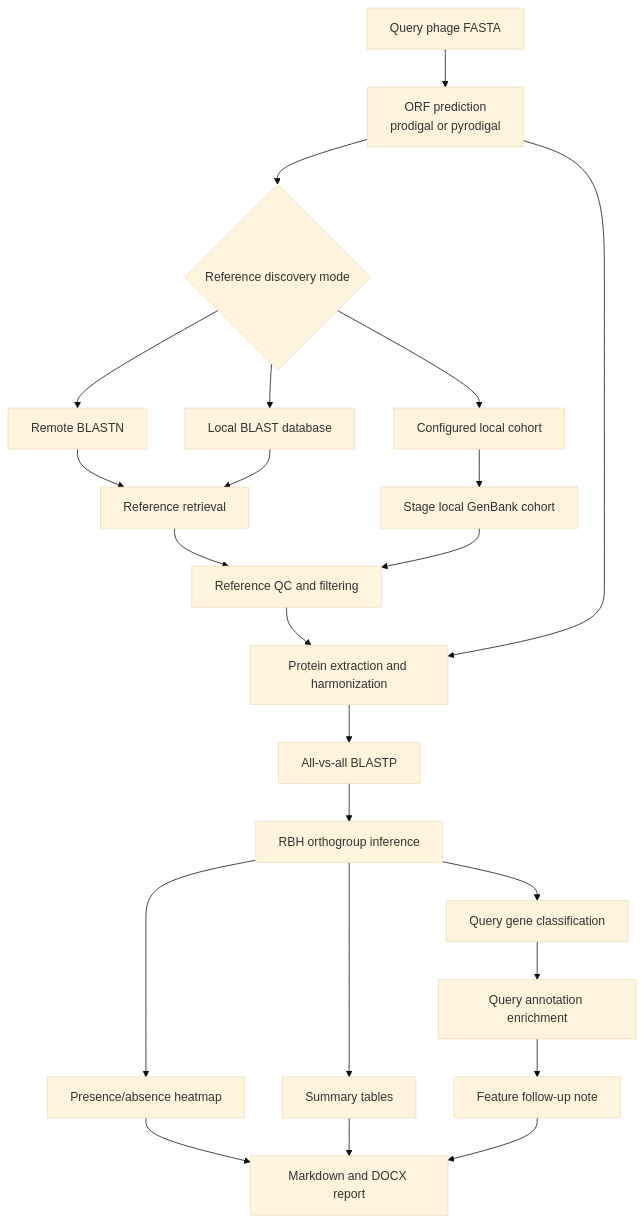
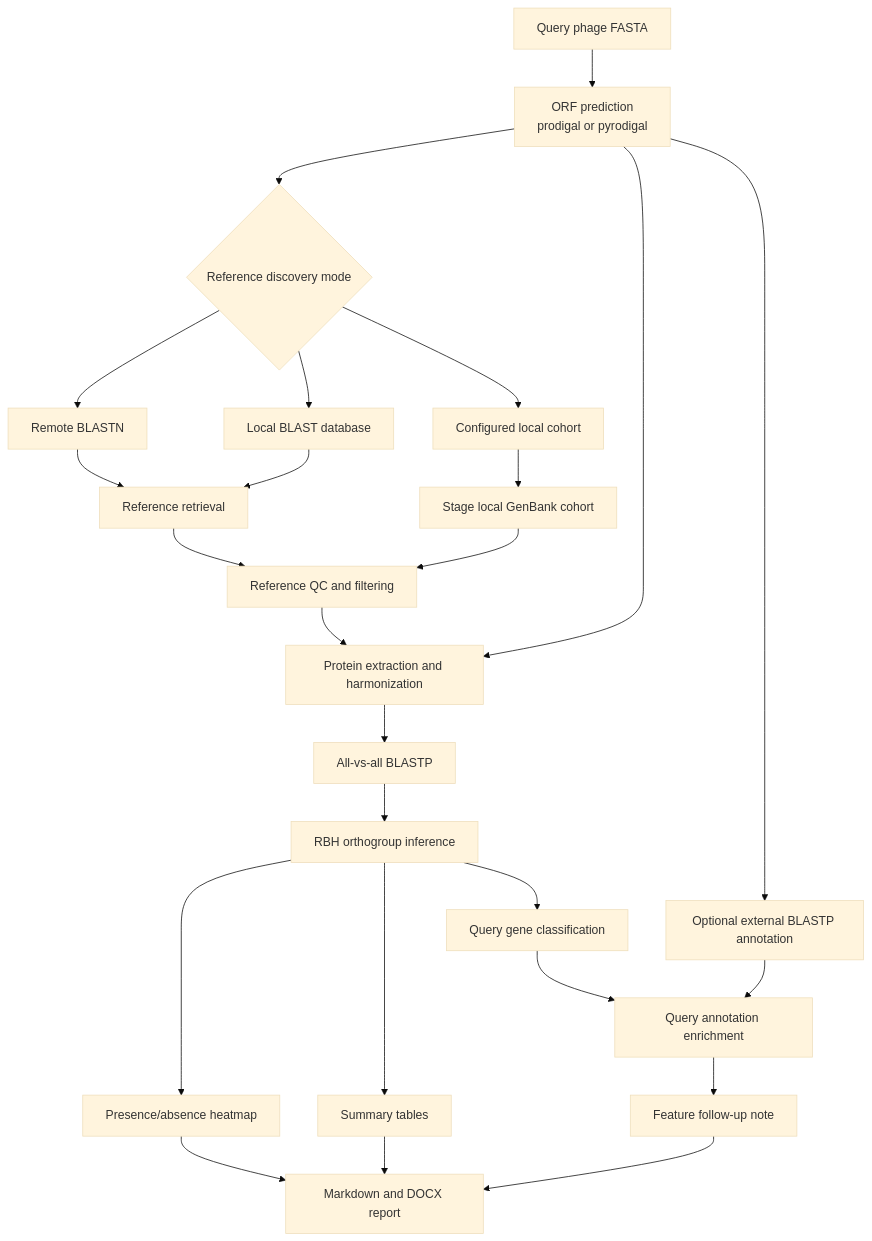
Before and after one commit to Tasnimul-Arabi-Anik/phage-pangenome-pipeline: the diagram in docs/workflow_overview.md, drawn with Mermaid (base theme). The commit also changed other lines of this file and 14 other files, not shown here.

Commit message:
Add optional external BLASTP annotation stage

````diff
--- a/docs/workflow_overview.md
+++ b/docs/workflow_overview.md
@@ -5,25 +5,27 @@
 ```mermaid
 flowchart TD
     A[Query phage FASTA] --> B[ORF prediction<br/>prodigal or pyrodigal]
     B --> C{Reference discovery mode}
     C --> D[Remote BLASTN]
     C --> E[Local BLAST database]
     C --> F[Configured local cohort]
     D --> G[Reference retrieval]
     E --> G
     F --> H[Stage local GenBank cohort]
     G --> I[Reference QC and filtering]
     H --> I
     I --> J[Protein extraction and harmonization]
     B --> J
     J --> K[All-vs-all BLASTP]
     K --> L[RBH orthogroup inference]
     L --> M[Query gene classification]
+    B --> S[Optional external BLASTP annotation]
     M --> R[Query annotation enrichment]
+    S --> R
     L --> N[Presence/absence heatmap]
     L --> O[Summary tables]
     R --> P[Feature follow-up note]
     N --> Q[Markdown and DOCX report]
     O --> Q
     P --> Q
 ```
````
